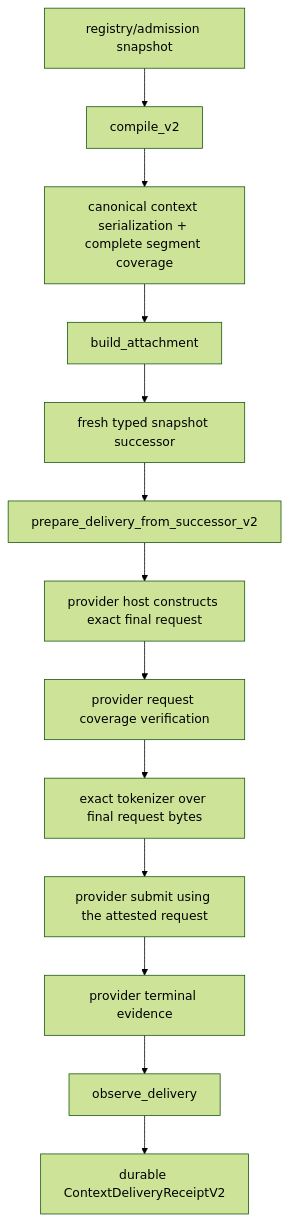
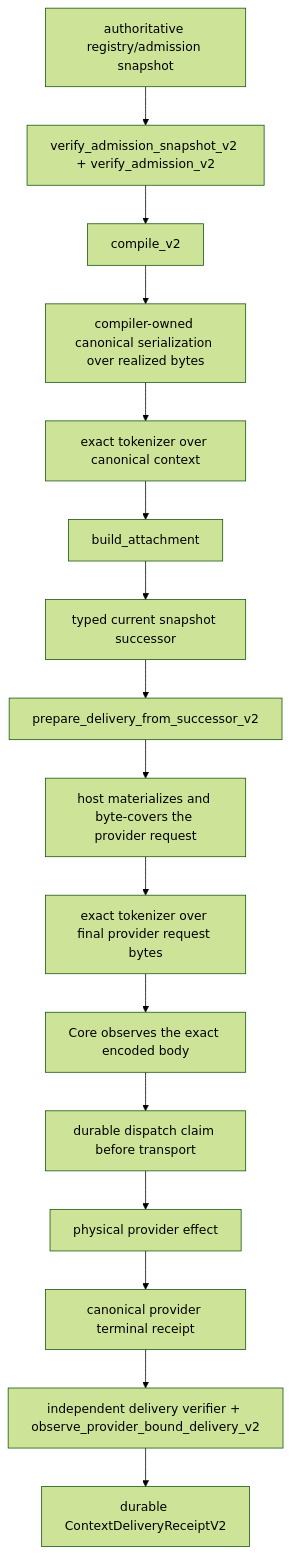
The diagram in docs/modules/context.compiler/TECHNICAL.md (TrillionniumFoundation/hepta-private-ci), drawn with Mermaid (forest theme) before and after one commit. The commit also changed other lines of this file and 6 other files, not shown here.

Commit message:
docs(context.compiler): generate current product path and source anchor

````diff
--- a/docs/modules/context.compiler/TECHNICAL.md
+++ b/docs/modules/context.compiler/TECHNICAL.md
@@ -58,28 +68,34 @@
 ```mermaid
 flowchart TD
-    N0["registry/admission snapshot"]
-    N1["compile_v2"]
+    N0["authoritative registry/admission snapshot"]
+    N1["verify_admission_snapshot_v2 + verify_admission_v2"]
     N0 --> N1
-    N2["canonical context serialization + complete segment coverage"]
+    N2["compile_v2"]
     N1 --> N2
-    N3["build_attachment"]
+    N3["compiler-owned canonical serialization over realized bytes"]
     N2 --> N3
-    N4["fresh typed snapshot successor"]
+    N4["exact tokenizer over canonical context"]
     N3 --> N4
-    N5["prepare_delivery_from_successor_v2"]
+    N5["build_attachment"]
     N4 --> N5
-    N6["provider host constructs exact final request"]
+    N6["typed current snapshot successor"]
     N5 --> N6
-    N7["provider request coverage verification"]
+    N7["prepare_delivery_from_successor_v2"]
     N6 --> N7
-    N8["exact tokenizer over final request bytes"]
+    N8["host materializes and byte-covers the provider request"]
     N7 --> N8
-    N9["provider submit using the attested request"]
+    N9["exact tokenizer over final provider request bytes"]
     N8 --> N9
-    N10["provider terminal evidence"]
+    N10["Core observes the exact encoded body"]
     N9 --> N10
-    N11["observe_delivery"]
+    N11["durable dispatch claim before transport"]
     N10 --> N11
-    N12["durable ContextDeliveryReceiptV2"]
+    N12["physical provider effect"]
     N11 --> N12
+    N13["canonical provider terminal receipt"]
+    N12 --> N13
+    N14["independent delivery verifier + observe_provider_bound_delivery_v2"]
+    N13 --> N14
+    N15["durable ContextDeliveryReceiptV2"]
+    N14 --> N15
 ```
````
